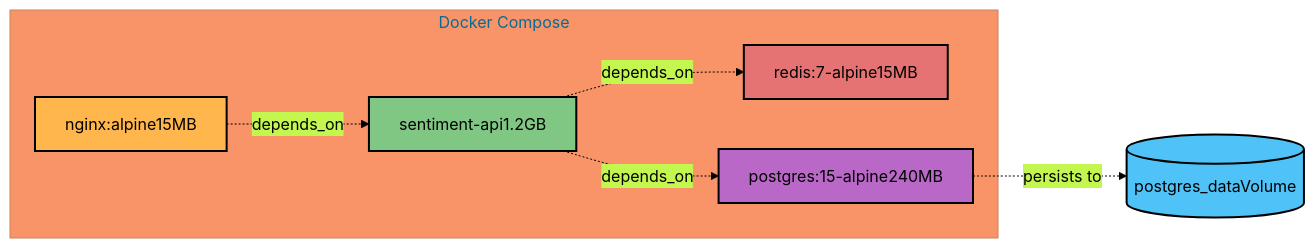
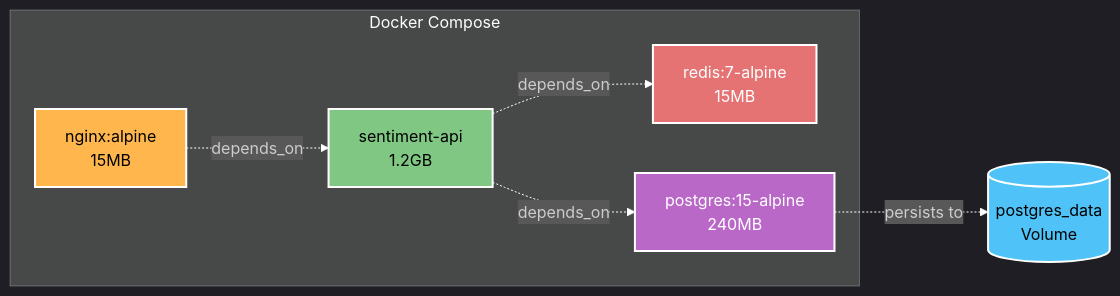
The third of 4 diagrams in README.md (simplyarfan/Sentiment-API), drawn with Mermaid before and after one commit. The commit also changed other lines of this file and 3 other files, not shown here.

First line of the commit message:
Add custom favicon, fix LinkedIn URL, improve Mermaid diagrams

````diff
--- a/README.md
+++ b/README.md
@@ -122,23 +120,23 @@
 ```mermaid
-%%{init: {'theme':'base', 'themeVariables': { 'primaryColor':'#4fc3f7','primaryTextColor':'#000','primaryBorderColor':'#000','lineColor':'#000'}}}%%
+%%{init: {'theme':'dark', 'themeVariables': { 'primaryColor':'#4fc3f7','primaryTextColor':'#fff','primaryBorderColor':'#fff','lineColor':'#ffffff'}}}%%
 graph LR
     subgraph "Docker Compose"
-        N[nginx:alpine15MB]
-        A[sentiment-api1.2GB]
-        R[redis:7-alpine15MB]
-        P[postgres:15-alpine240MB]
+        N[nginx:alpine<br/>15MB]
+        A[sentiment-api<br/>1.2GB]
+        R[redis:7-alpine<br/>15MB]
+        P[postgres:15-alpine<br/>240MB]
     end
-    
+
     N -.->|depends_on| A
     A -.->|depends_on| R
     A -.->|depends_on| P
-    
-    V1[(postgres_dataVolume)]
+
+    V1[(postgres_data<br/>Volume)]
     P -.->|persists to| V1
-    
-    style N fill:#ffb74d,stroke:#000,stroke-width:2px,color:#000
-    style A fill:#81c784,stroke:#000,stroke-width:2px,color:#000
-    style R fill:#e57373,stroke:#000,stroke-width:2px,color:#000
-    style P fill:#ba68c8,stroke:#000,stroke-width:2px,color:#000
-    style V1 fill:#4fc3f7,stroke:#000,stroke-width:2px,color:#000
+
+    style N fill:#ffb74d,stroke:#fff,stroke-width:2px,color:#000
+    style A fill:#81c784,stroke:#fff,stroke-width:2px,color:#000
+    style R fill:#e57373,stroke:#fff,stroke-width:2px,color:#fff
+    style P fill:#ba68c8,stroke:#fff,stroke-width:2px,color:#fff
+    style V1 fill:#4fc3f7,stroke:#fff,stroke-width:2px,color:#000
 ```
````
